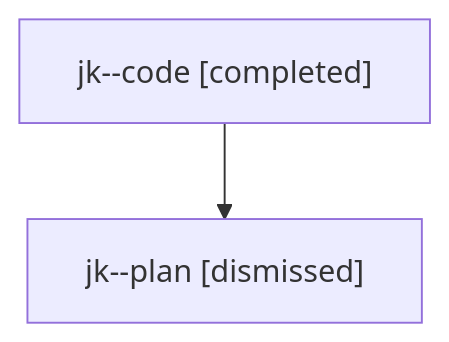
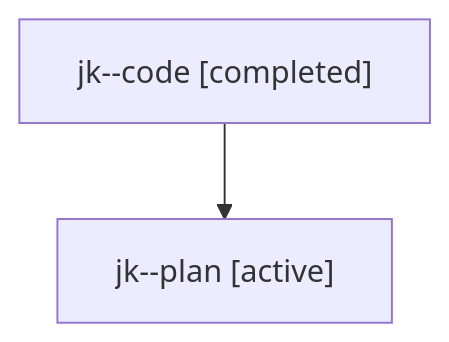
Before and after one commit to sase-org/sase--agents: the diagram in families/bbugyi200.athena.jk.md, drawn with Mermaid. The commit also changed other lines of this file and 8679 other files, not shown here.

````diff
--- a/families/bbugyi200.athena.jk.md
+++ b/families/bbugyi200.athena.jk.md
@@ -9,6 +9,6 @@
 ```mermaid
 flowchart TD
   n0["jk--code [completed]"]
-  n1["jk--plan [dismissed]"]
+  n1["jk--plan [active]"]
   n0 --> n1
 ```
````
